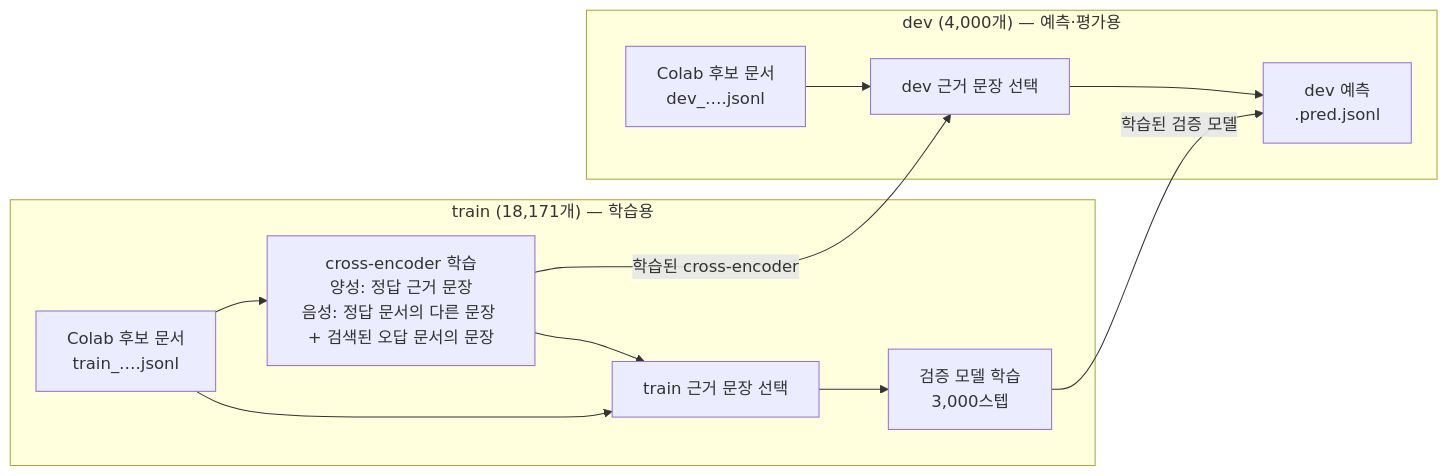
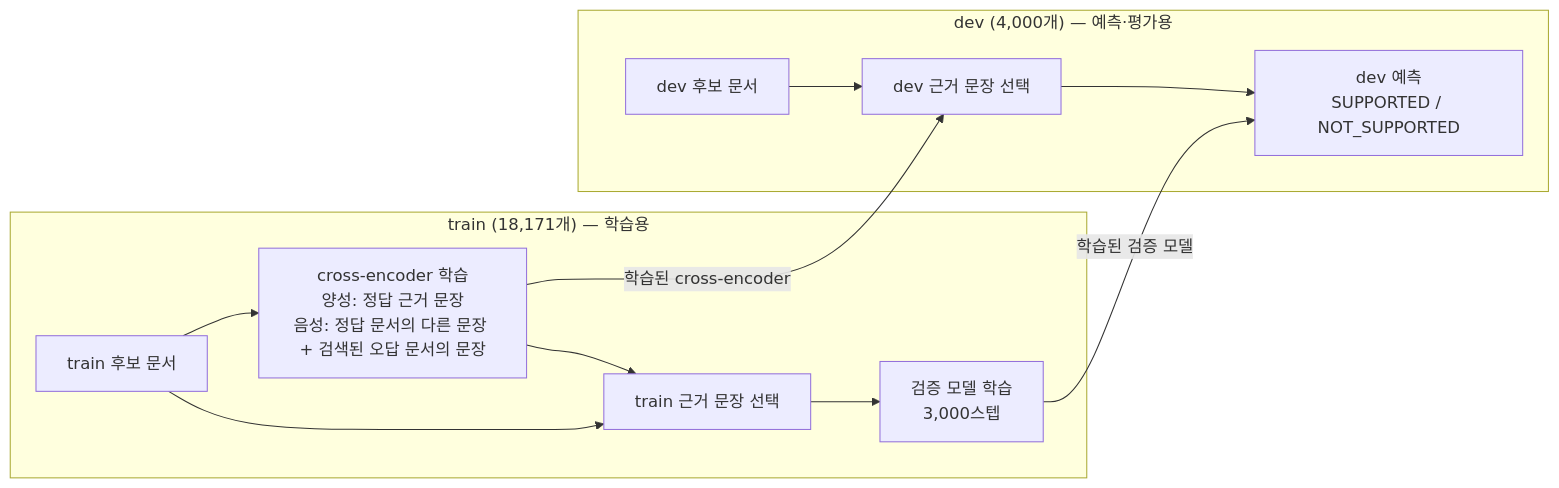
Before and after one commit to poohgajoah/hover-wiki-graph: the second of 2 diagrams in README.md, drawn with Mermaid. The commit also changed other lines of this file, not shown here.

Commit message:
README: drop Colab/local labels from pipeline diagrams

````diff
--- a/README.md
+++ b/README.md
@@ -101,17 +104,17 @@
 ```mermaid
 flowchart LR
     subgraph TRAIN["train (18,171개) — 학습용"]
-        TR["Colab 후보 문서<br/>train_….jsonl"] --> CET["cross-encoder 학습<br/>양성: 정답 근거 문장<br/>음성: 정답 문서의 다른 문장 + 검색된 오답 문서의 문장"]
+        TR["train 후보 문서"] --> CET["cross-encoder 학습<br/>양성: 정답 근거 문장<br/>음성: 정답 문서의 다른 문장 + 검색된 오답 문서의 문장"]
         CET --> SELT["train 근거 문장 선택"]
         TR --> SELT
         SELT --> VT["검증 모델 학습<br/>3,000스텝"]
     end
 
     subgraph DEV["dev (4,000개) — 예측·평가용"]
-        DR["Colab 후보 문서<br/>dev_….jsonl"] --> SELD["dev 근거 문장 선택"]
-        SELD --> PRED["dev 예측<br/>.pred.jsonl"]
+        DR["dev 후보 문서"] --> SELD["dev 근거 문장 선택"]
+        SELD --> PRED["dev 예측<br/>SUPPORTED / NOT_SUPPORTED"]
     end
 
     CET -->|"학습된 cross-encoder"| SELD
     VT -->|"학습된 검증 모델"| PRED
 ```
````
